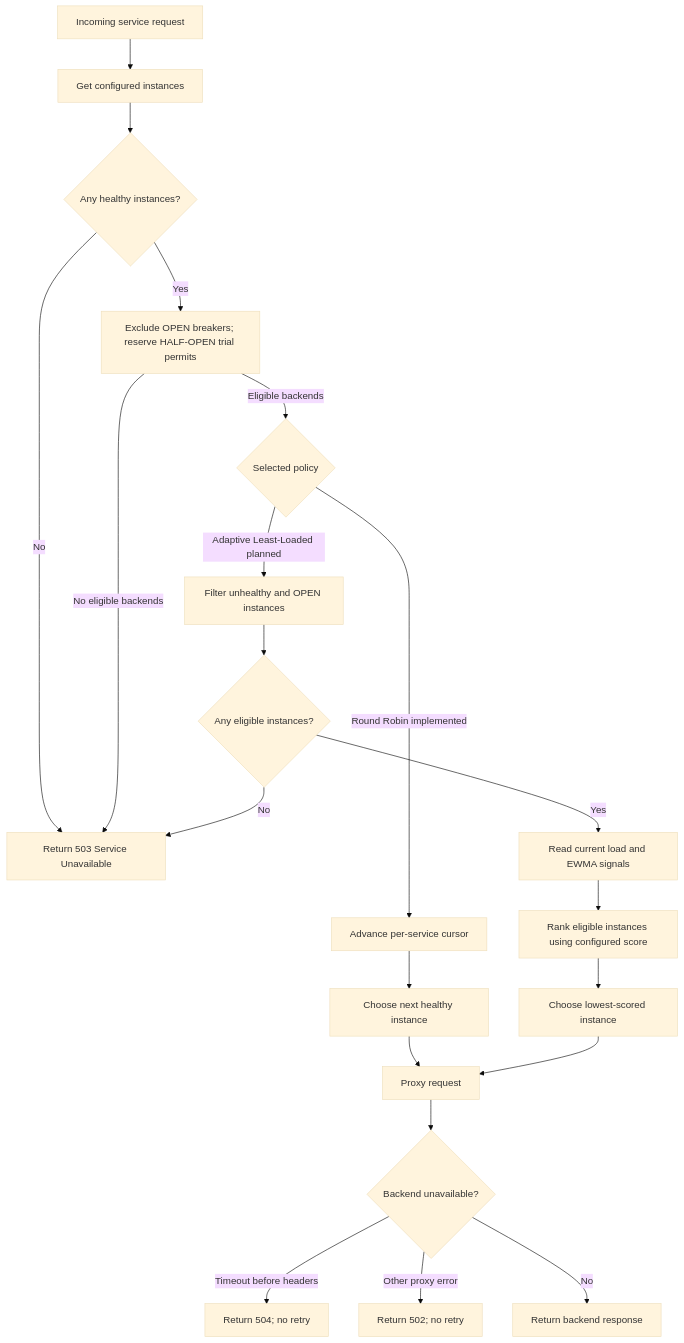
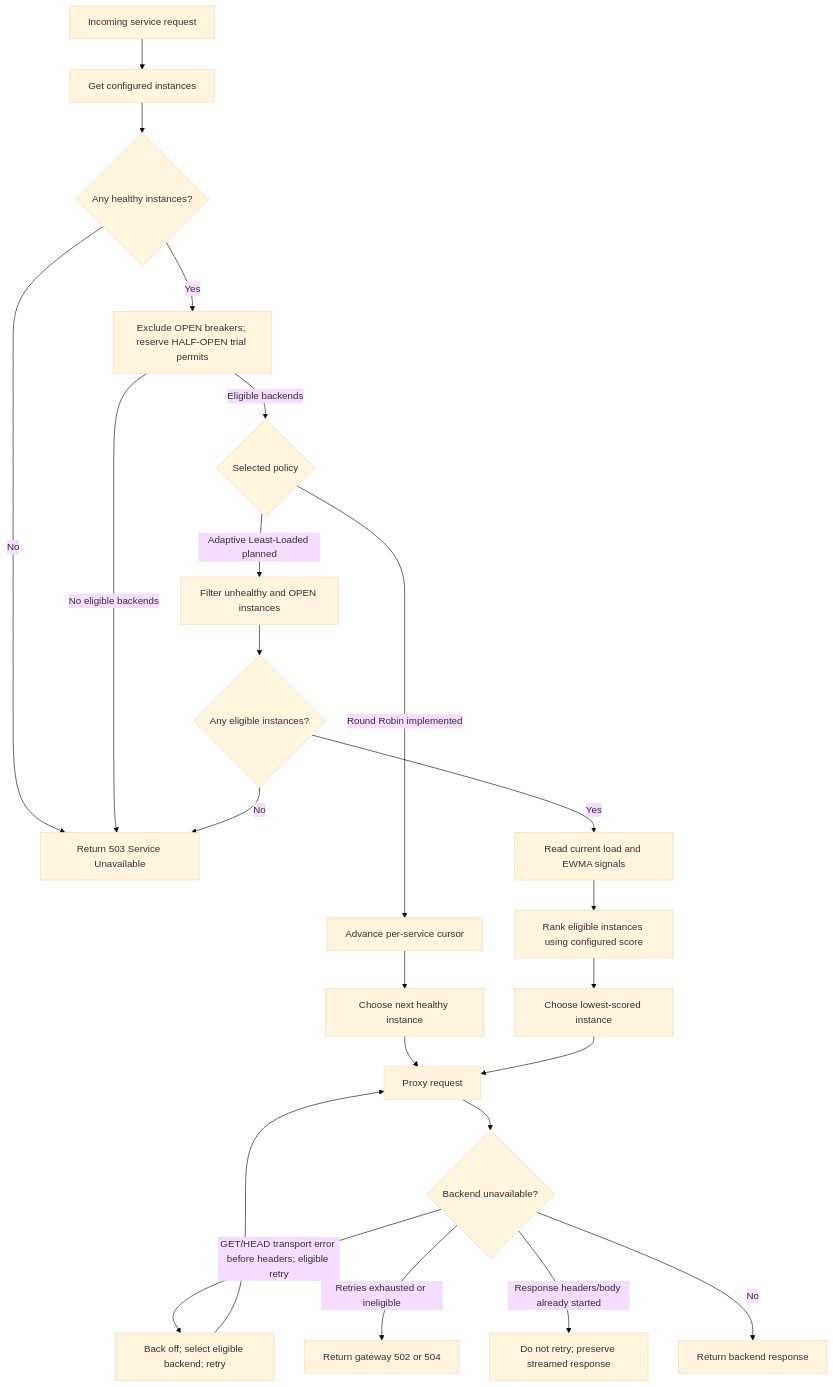
The third of 4 diagrams in ARCHITECTURE.md (Yushi7/IntelliGate), drawn with Mermaid (base theme) before and after one commit. The commit also changed other lines of this file and 10 other files, not shown here.

````diff
--- a/ARCHITECTURE.md
+++ b/ARCHITECTURE.md
@@ -160,23 +168,25 @@
 ```mermaid
 flowchart TD
     Start[Incoming service request] --> Pool[Get configured instances]
     Pool --> Health{Any healthy instances?}
     Health -->|No| Fail[Return 503 Service Unavailable]
     Health -->|Yes| Admission[Exclude OPEN breakers; reserve HALF-OPEN trial permits]
     Admission -->|No eligible backends| Fail
     Admission -->|Eligible backends| Policy{Selected policy}
     Policy -->|Round Robin implemented| RR[Advance per-service cursor]
     RR --> RRChoice[Choose next healthy instance]
     Policy -->|Adaptive Least-Loaded planned| Filter[Filter unhealthy and OPEN instances]
     Filter --> Empty{Any eligible instances?}
     Empty -->|No| Fail
     Empty -->|Yes| Signals[Read current load and EWMA signals]
     Signals --> Score[Rank eligible instances using configured score]
     Score --> AdaptiveChoice[Choose lowest-scored instance]
     RRChoice --> Proxy[Proxy request]
     AdaptiveChoice --> Proxy
     Proxy --> Failure{Backend unavailable?}
-    Failure -->|Timeout before headers| GatewayTimeout[Return 504; no retry]
-    Failure -->|Other proxy error| BadGateway[Return 502; no retry]
+    Failure -->|GET/HEAD transport error before headers; eligible retry| Retry[Back off; select eligible backend; retry]
+    Failure -->|Retries exhausted or ineligible| GatewayError[Return gateway 502 or 504]
+    Failure -->|Response headers/body already started| NoRetry[Do not retry; preserve streamed response]
     Failure -->|No| Response[Return backend response]
+    Retry --> Proxy
 ```
````
